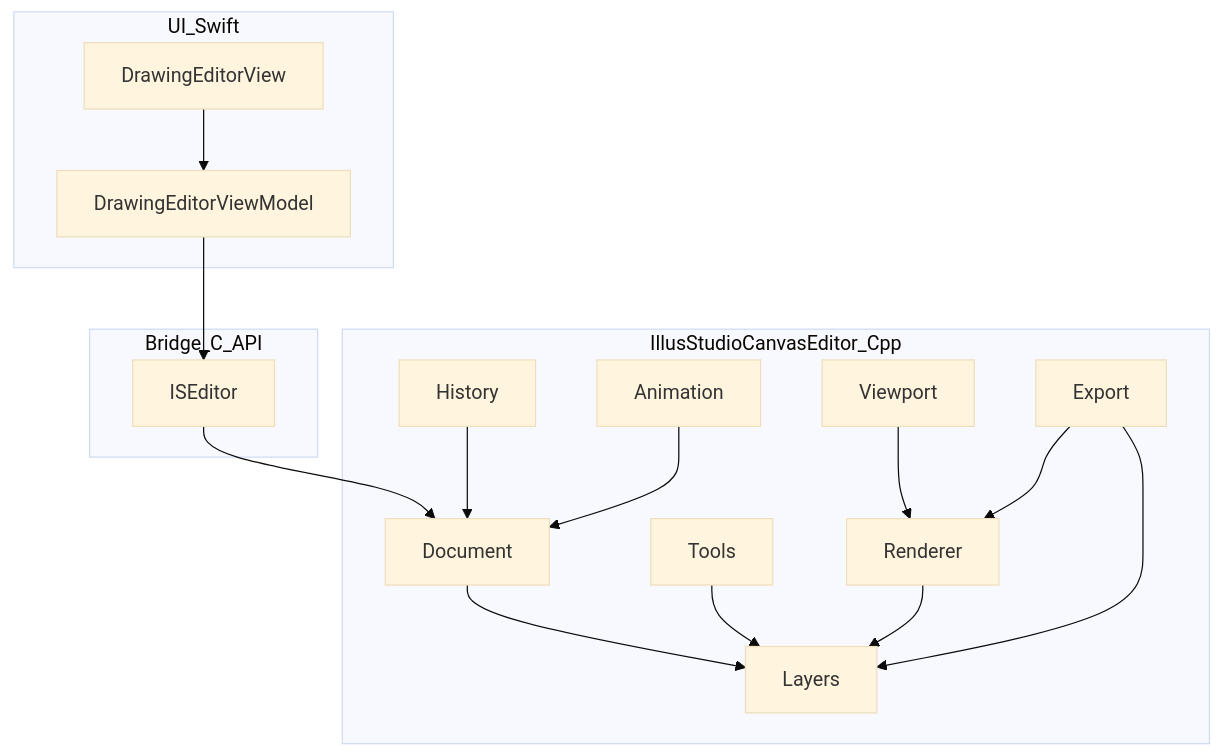
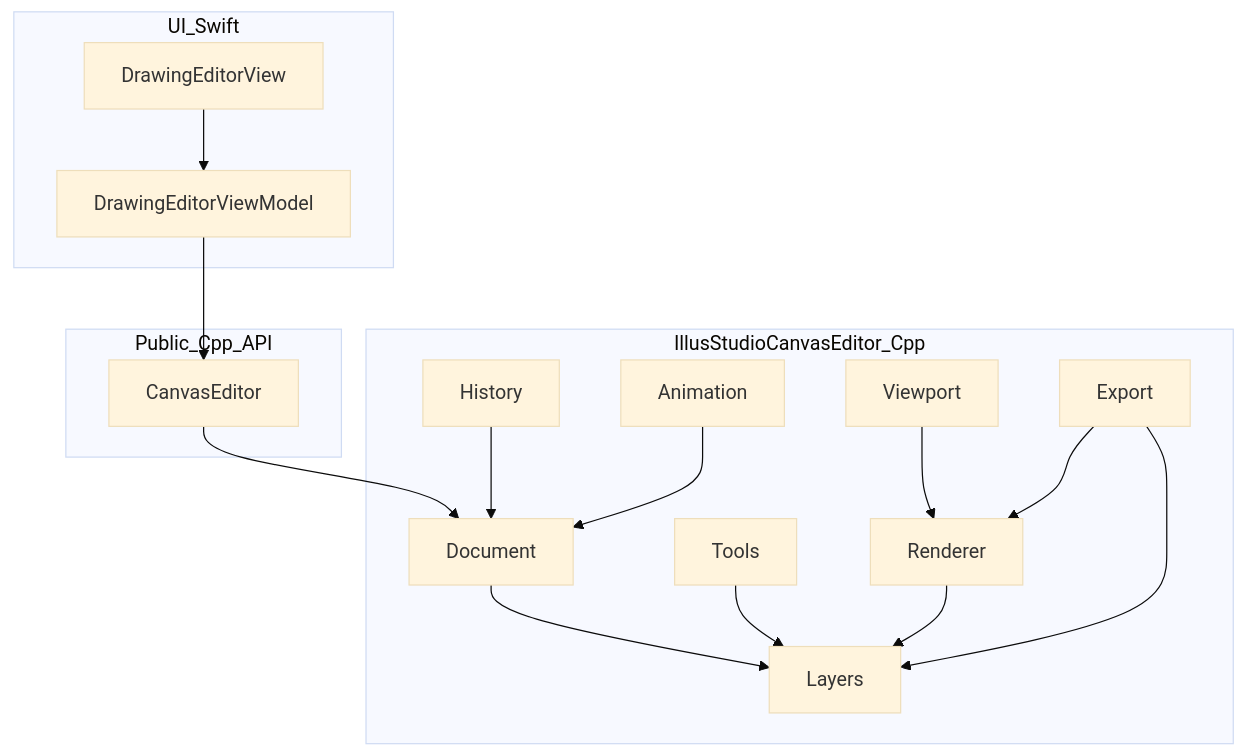
One commit to sittipongwork/gmangastudio changed the diagram in IllusStudioFramework/README.md. Above: the diagram before and after it, drawn with Mermaid (base theme). The commit also changed other lines of this file and 142 other files, not shown here.

Commit message:
implement T0, T1 roadmap

````diff
--- a/IllusStudioFramework/README.md
+++ b/IllusStudioFramework/README.md
@@ -45,31 +38,31 @@
 ```mermaid
 flowchart TB
   subgraph ui [UI_Swift]
     DrawingEditorView
     DrawingEditorViewModel
   end
-  subgraph bridge [Bridge_C_API]
-    ISEditor
+  subgraph api [Public_Cpp_API]
+    CanvasEditor
   end
   subgraph core [IllusStudioCanvasEditor_Cpp]
     Document
     Layers
     Tools
     Viewport
     History
     Animation
     Renderer
     Export
   end
   DrawingEditorView --> DrawingEditorViewModel
-  DrawingEditorViewModel --> ISEditor
-  ISEditor --> Document
+  DrawingEditorViewModel --> CanvasEditor
+  CanvasEditor --> Document
   Document --> Layers
   Tools --> Layers
   Viewport --> Renderer
   History --> Document
   Animation --> Document
   Renderer --> Layers
   Export --> Renderer
   Export --> Layers
 ```
````
